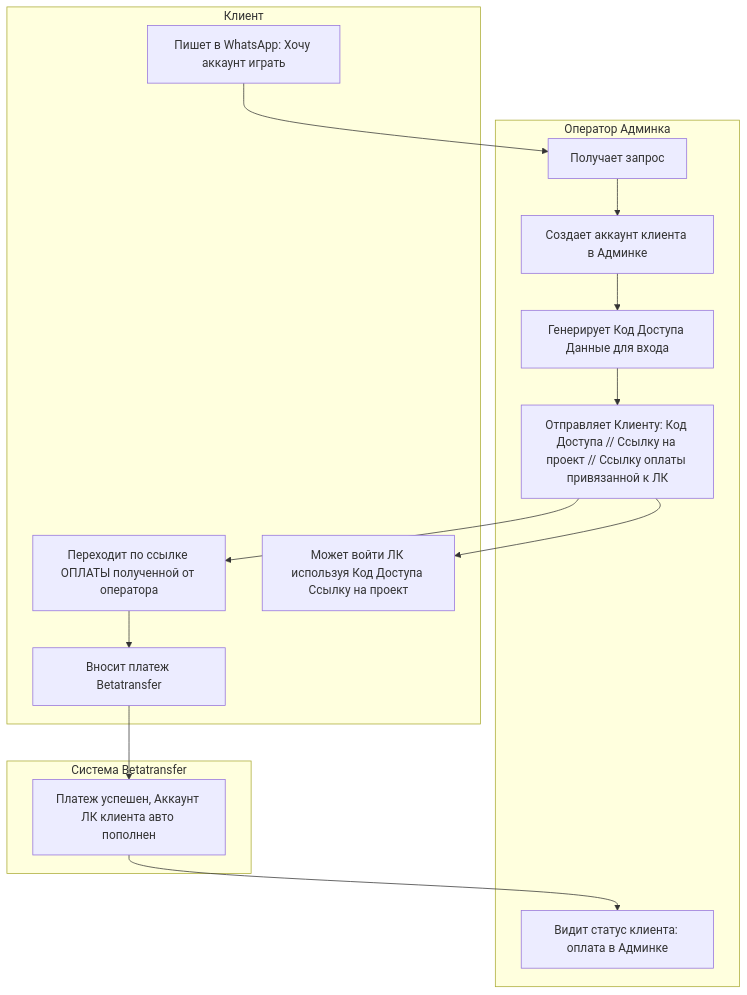
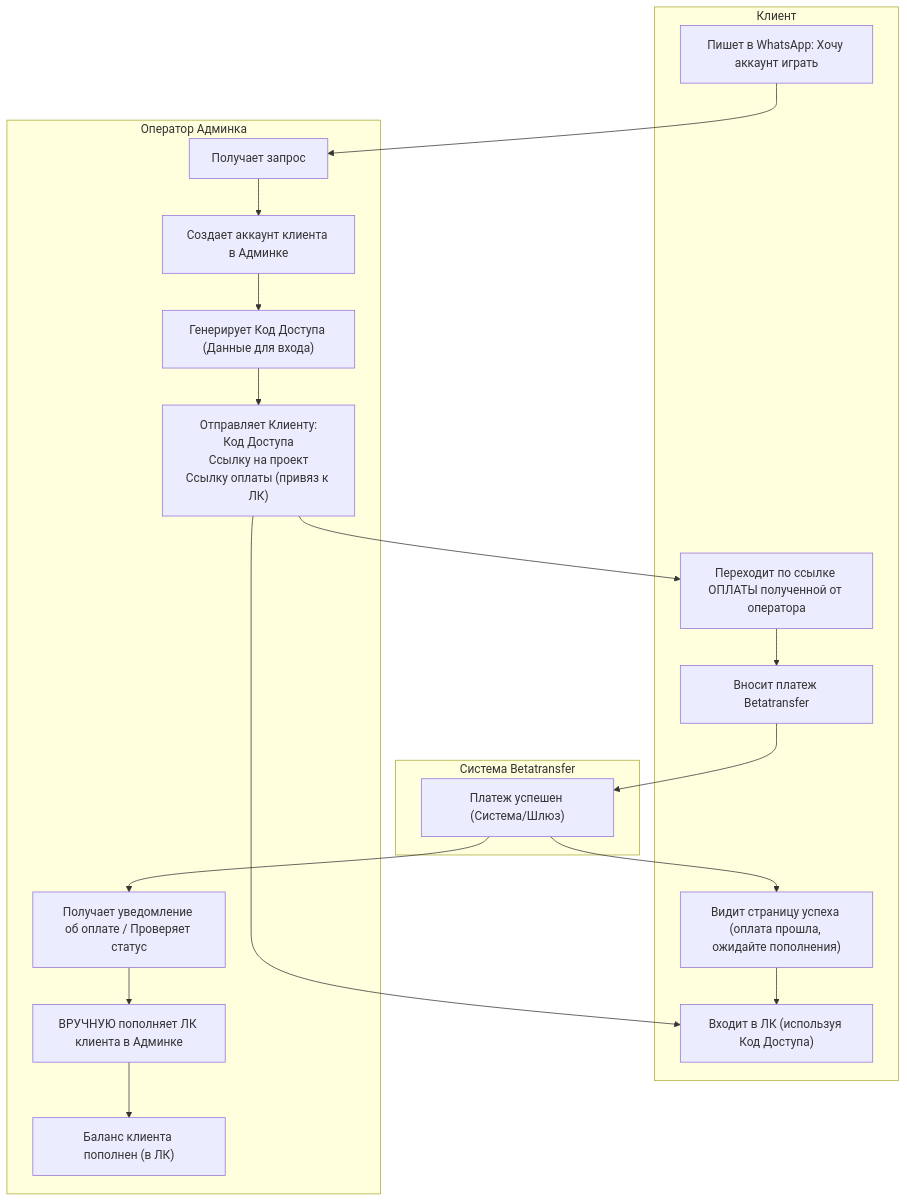
Before and after one commit to serheg/obirix.com: the diagram in champion.md, drawn with Mermaid.

````diff
--- a/champion.md
+++ b/champion.md
@@ -1,33 +1,65 @@
 ```mermaid
  graph TD
     subgraph "Клиент"
-        %% Узлы Клиента
-        A[" Пишет в WhatsApp: Хочу аккаунт играть"]
-        F[" Переходит по ссылке ОПЛАТЫ полученной от оператора"]
-        G[" Вносит платеж Betatransfer"]
-        I["Может войти ЛК используя Код Доступа Ссылку на проект"]
+        A["Пишет в WhatsApp: Хочу аккаунт играть"]
+        F["Переходит по ссылке ОПЛАТЫ полученной от оператора"]
+        G["Вносит платеж Betatransfer"]
+        %% Шаг 5 - клиент видит страницу успеха
+        J["Видит страницу успеха (оплата прошла, ожидайте пополнения)"]
+        I["Входит в ЛК (используя Код Доступа)"]
     end
     subgraph "Оператор Админка"
-         %% Узлы Оператора
-        B[" Получает запрос"]
+        B["Получает запрос"]
         C["Создает аккаунт клиента в Админке"]
-        D[" Генерирует Код Доступа Данные для входа"]
-        E[" Отправляет Клиенту: Код Доступа // Ссылку на проект // Ссылку оплаты привязанной к ЛК"]
-        K[" Видит статус клиента: оплата в Админке"]
+        D["Генерирует Код Доступа (Данные для входа)"]
+        %% Отправка данных клиенту с переносами строк
+        E["Отправляет Клиенту:<br/>Код Доступа<br/>Ссылку на проект<br/>Ссылку оплаты (привяз к ЛК)"]
+        %% Шаг 6 - начало: Оператор уведомлен/проверяет
+        H_notify["Получает уведомление об оплате / Проверяет статус"]
+        %% Шаг 6 - действие: Оператор вручную пополняет
+        K["ВРУЧНУЮ пополняет ЛК клиента в Админке"]
+        %% Результат ручного пополнения
+        L["Баланс клиента пополнен (в ЛК)"]
     end
     subgraph "Система Betatransfer"
-         %% Узлы Системы
-         H[" Платеж успешен, Аккаунт ЛК клиента авто пополнен"]
+        %% Результат шага 4: Платеж успешен
+        H_confirm["Платеж успешен (Система/Шлюз)"]
     end
 
-    %% Связи
+    %% ----- Связи между узлами -----
+
+    %% Основной Поток
+    %% Запрос от клиента
     A --> B;
+    %% Создание аккаунта
     B --> C;
+    %% Генерация кода доступа
     C --> D;
+    %% Отправка данных клиенту
     D --> E;
+    %% Клиент переходит по ссылке оплаты
     E --> F;
+    %% Клиент платит
     F --> G;
-    G --> H;
-    H --> K;
+    %% Платежная система подтверждает успех
+    G --> H_confirm;
+
+    %% Ветвление после подтверждения платежа
+    %% Клиент видит страницу успеха
+    H_confirm --> J;
+    %% Оператор получает уведомление / видит статус
+    H_confirm --> H_notify;
+
+    %% Действия оператора
+    %% Оператор вручную пополняет счет
+    H_notify --> K;
+    %% Результат - баланс пополнен
+    K --> L;
+
+    %% Вход клиента (может быть в разное время)
+    %% Возможность входа сразу после получения данных
     E --> I;
+    %% Возможность входа после страницы успеха
+    J --> I;
+    %% Подразумевается, что клиент увидит баланс (L) при входе (I) только после шага K
 ```
````
